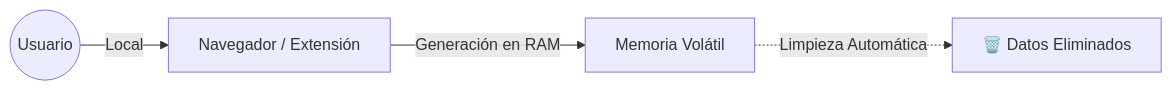
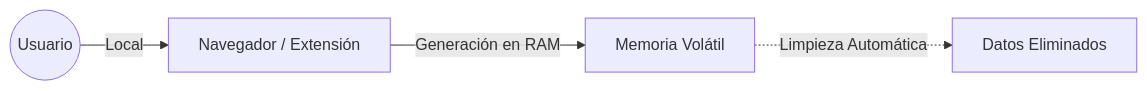
The second of 3 diagrams in content/generator-password-es.md (ELmoliii/blog-tecnology), drawn with Mermaid before and after one commit. The commit also changed other lines of this file and 1 other file, not shown here.

````diff
--- a/content/generator-password-es.md
+++ b/content/generator-password-es.md
@@ -53,8 +53,8 @@
 ```mermaid
 flowchart LR
     direction TB
     User2(("Usuario")) -->|Local| Browser["Navegador / Extensión"]
     Browser -->|"Generación en RAM"| Memory["Memoria Volátil"]
-    Memory -.->|"Limpieza Automática"| Trash["🗑️ Datos Eliminados"]
+    Memory -.->|"Limpieza Automática"| Trash["Datos Eliminados"]
 
 ```
````
